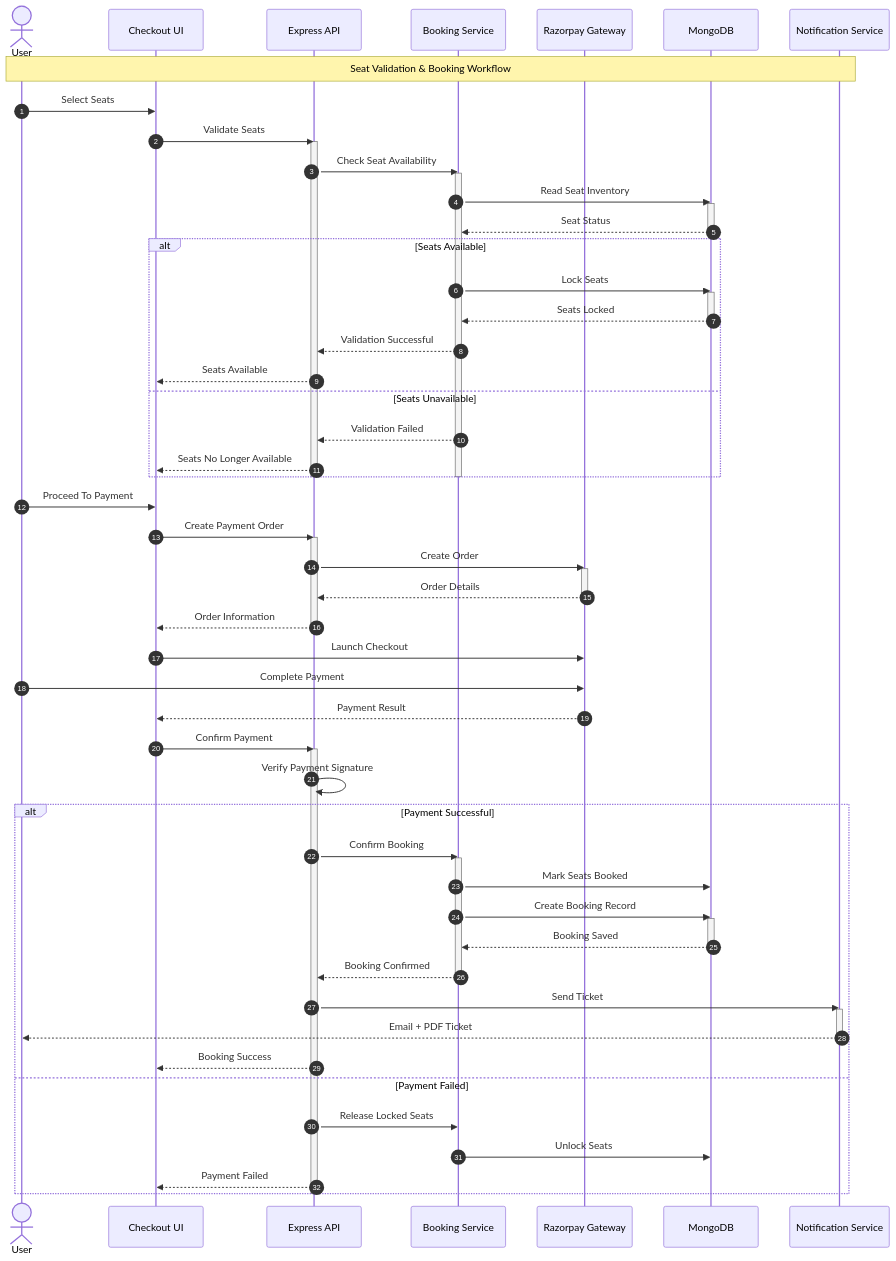
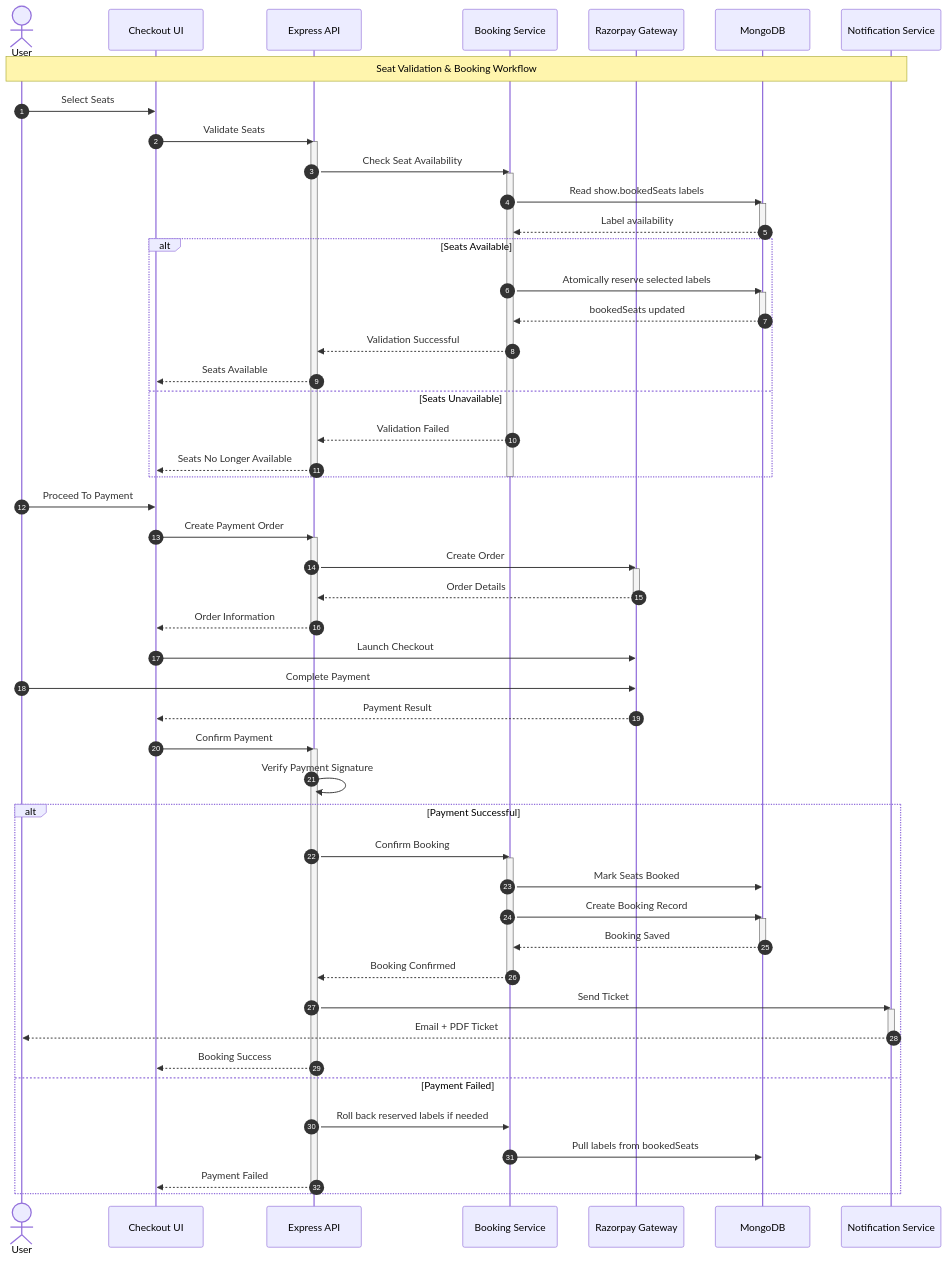
The tenth of 10 diagrams in docs/PROJECT_DOCUMENTATION.md (Shravan-509/BookMyShow), drawn with Mermaid before and after one commit. The commit also changed other lines of this file and 31 other files, not shown here.

```diff
--- a/docs/PROJECT_DOCUMENTATION.md
+++ b/docs/PROJECT_DOCUMENTATION.md
@@ -794,21 +844,21 @@
 
     activate Booking
 
-    Booking->>DB: Read Seat Inventory
+    Booking->>DB: Read show.bookedSeats labels
 
     activate DB
 
-    DB-->>Booking: Seat Status
+    DB-->>Booking: Label availability
 
     deactivate DB
 
     alt Seats Available
 
-        Booking->>DB: Lock Seats
+        Booking->>DB: Atomically reserve selected labels
 
         activate DB
 
-        DB-->>Booking: Seats Locked
+        DB-->>Booking: bookedSeats updated
 
         deactivate DB
 
@@ -889,9 +939,9 @@
 
     else Payment Failed
 
-        API->>Booking: Release Locked Seats
+        API->>Booking: Roll back reserved labels if needed
 
-        Booking->>DB: Unlock Seats
+        Booking->>DB: Pull labels from bookedSeats
 
         API-->>UI: Payment Failed
 
```
